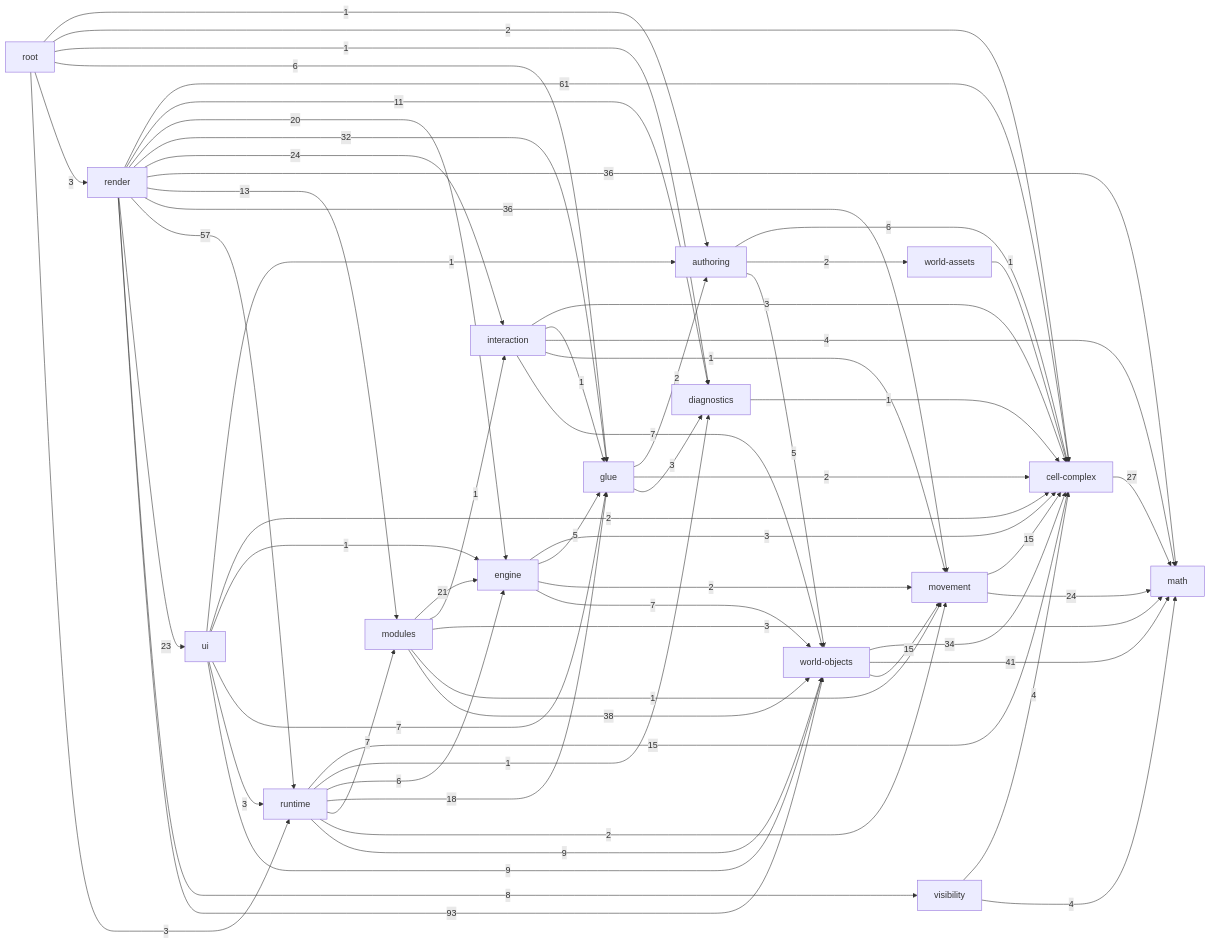
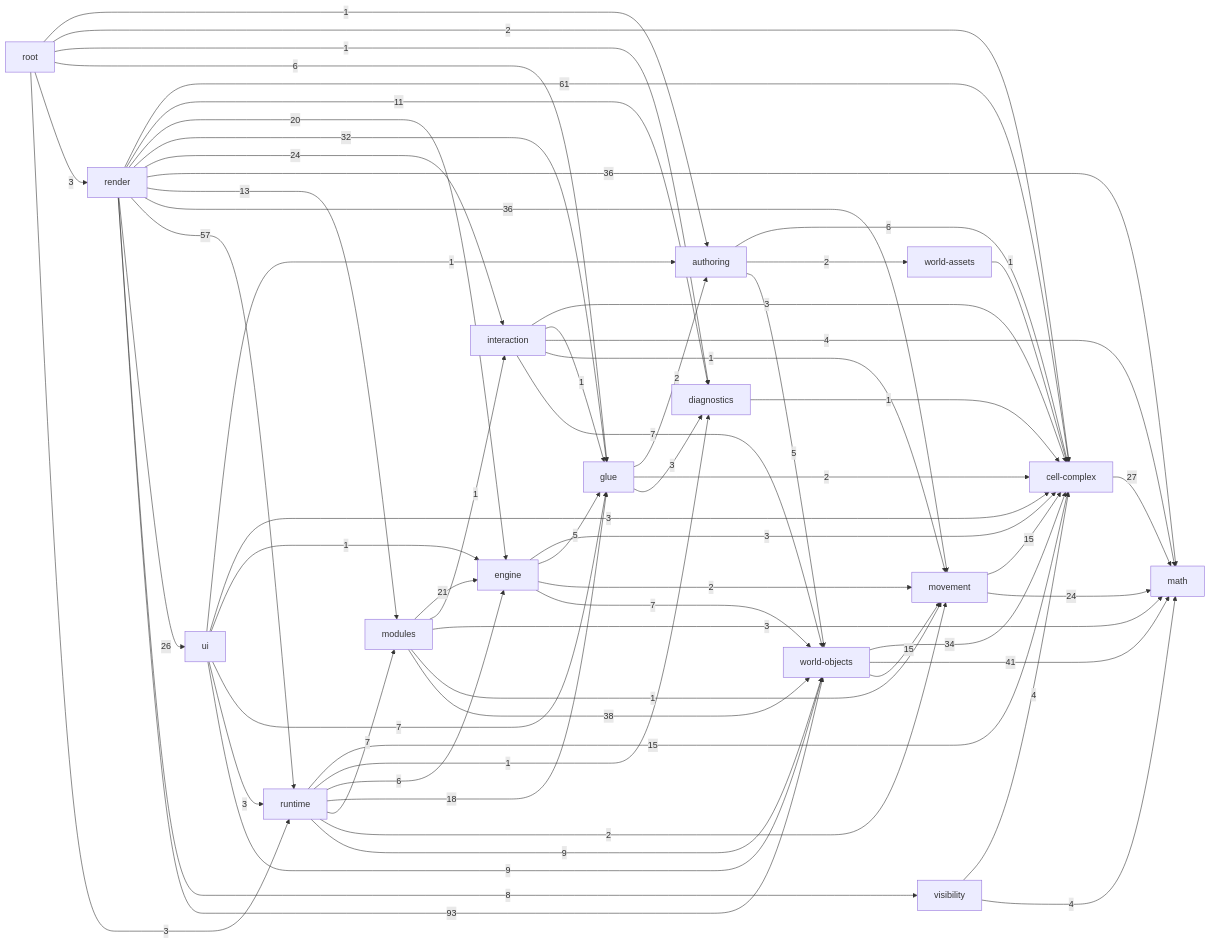
One commit to guraltsev/noneuclid-fpv changed the diagram in _docs/generated/ARCHITECTURE_REFERENCE.md. Above: the diagram before and after it, drawn with Mermaid. The commit also changed other lines of this file and 11 other files, not shown here.

````diff
--- a/_docs/generated/ARCHITECTURE_REFERENCE.md
+++ b/_docs/generated/ARCHITECTURE_REFERENCE.md
@@ -37,80 +37,80 @@
 ```mermaid
 flowchart LR
   math["math"]
   cell_complex["cell-complex"]
   diagnostics["diagnostics"]
   visibility["visibility"]
   movement["movement"]
   world_assets["world-assets"]
   world_objects["world-objects"]
   authoring["authoring"]
   glue["glue"]
   interaction["interaction"]
   engine["engine"]
   modules["modules"]
   runtime["runtime"]
   ui["ui"]
   render["render"]
   root["root"]
   authoring -->|6| cell_complex
   authoring -->|2| world_assets
   authoring -->|5| world_objects
   cell_complex -->|27| math
   diagnostics -->|1| cell_complex
   engine -->|3| cell_complex
   engine -->|5| glue
   engine -->|2| movement
   engine -->|7| world_objects
   glue -->|2| authoring
   glue -->|2| cell_complex
   glue -->|3| diagnostics
   interaction -->|3| cell_complex
   interaction -->|1| glue
   interaction -->|4| math
   interaction -->|1| movement
   interaction -->|7| world_objects
   modules -->|21| engine
   modules -->|1| interaction
   modules -->|3| math
   modules -->|1| movement
   modules -->|38| world_objects
   movement -->|15| cell_complex
   movement -->|24| math
   render -->|61| cell_complex
   render -->|11| diagnostics
   render -->|20| engine
   render -->|32| glue
   render -->|24| interaction
   render -->|36| math
   render -->|13| modules
   render -->|36| movement
   render -->|57| runtime
-  render -->|23| ui
+  render -->|26| ui
   render -->|8| visibility
   render -->|93| world_objects
   root -->|1| authoring
   root -->|2| cell_complex
   root -->|1| diagnostics
   root -->|6| glue
   root -->|3| render
   root -->|3| runtime
   runtime -->|15| cell_complex
   runtime -->|1| diagnostics
   runtime -->|6| engine
   runtime -->|18| glue
   runtime -->|7| modules
   runtime -->|2| movement
   runtime -->|9| world_objects
   ui -->|1| authoring
-  ui -->|2| cell_complex
+  ui -->|3| cell_complex
   ui -->|1| engine
   ui -->|7| glue
   ui -->|3| runtime
   ui -->|9| world_objects
   visibility -->|4| cell_complex
   visibility -->|4| math
   world_assets -->|1| cell_complex
   world_objects -->|34| cell_complex
   world_objects -->|41| math
   world_objects -->|15| movement
 ```
````
